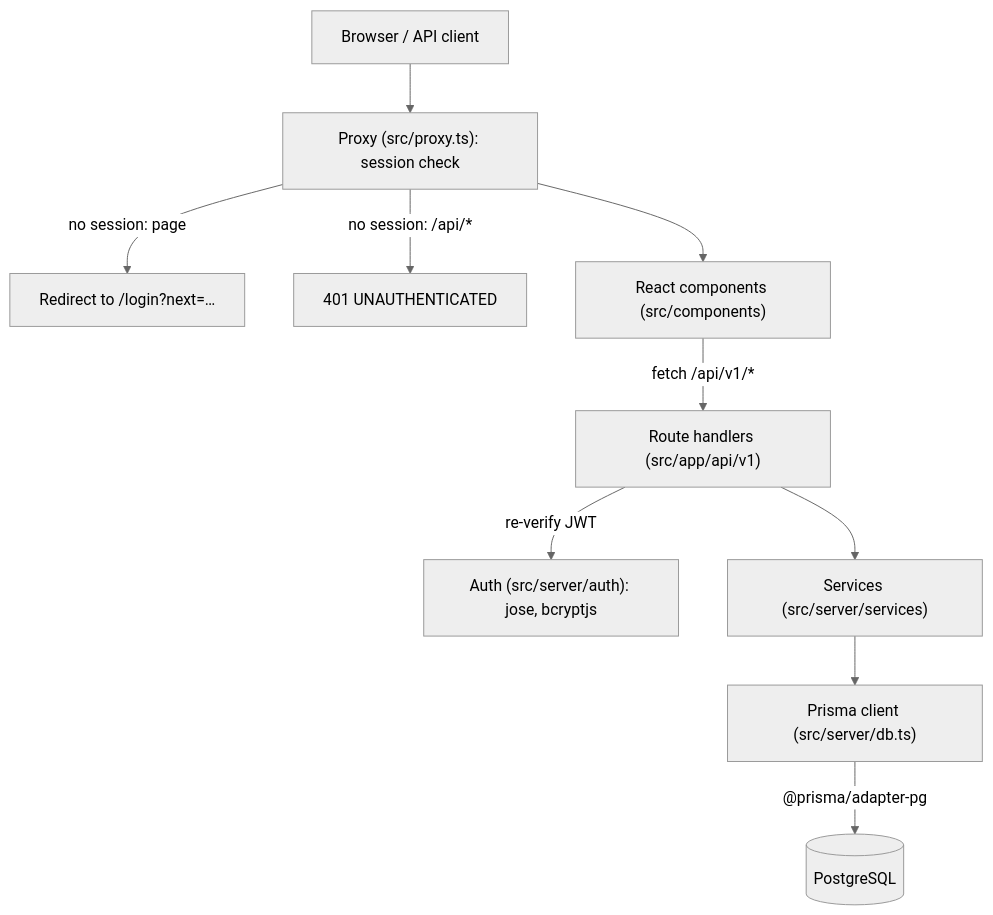
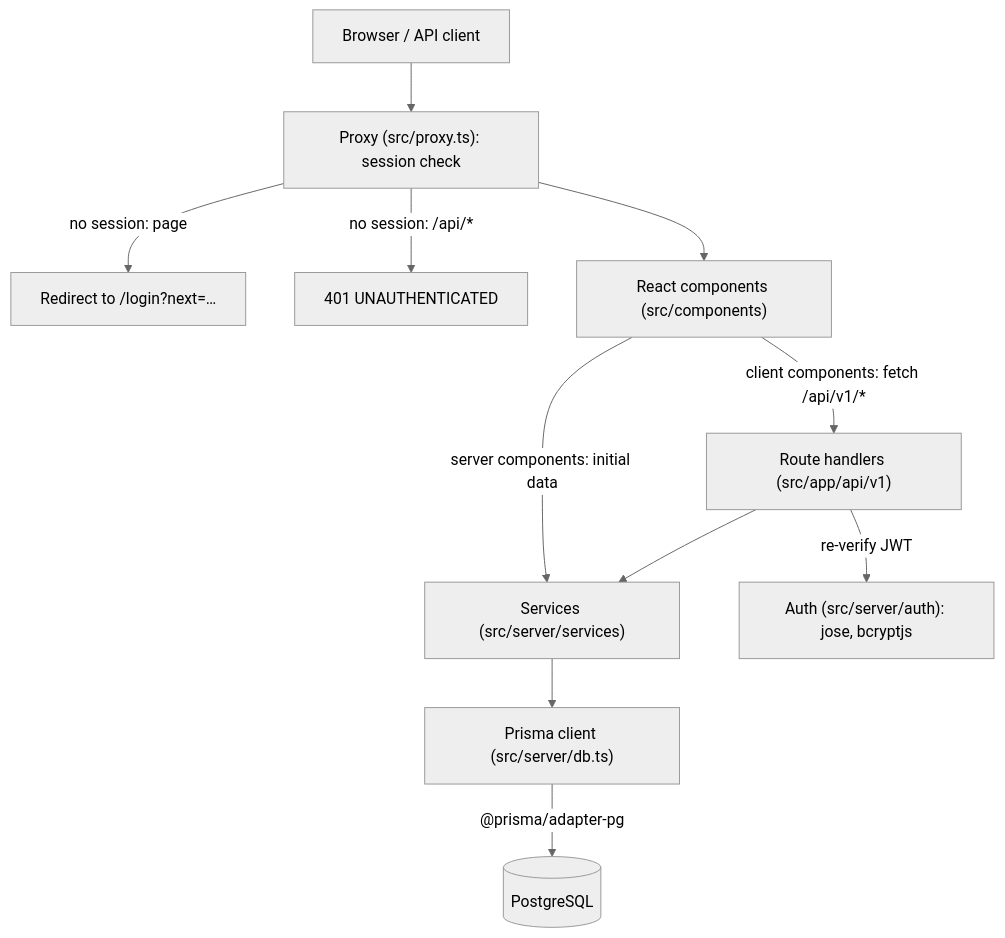
One commit to stone-coding/team-task-board-copilot changed the first of 2 diagrams in docs/architecture.md. Above: the diagram before and after it, drawn with Mermaid (neutral theme). The commit also changed other lines of this file and 1 other file, not shown here.

Commit message:
docs(#5): document projects endpoints and server-side data access
Adds the four project operations, Project schema, 404 and 500 responses to the OpenAPI spec, and notes in architecture.md that server components read through services while client components mutate through /api/v1.

Refs #5

````diff
--- a/docs/architecture.md
+++ b/docs/architecture.md
@@ -7,12 +7,13 @@
 ```mermaid
 flowchart TD
   Browser["Browser / API client"] --> Proxy["Proxy (src/proxy.ts): session check"]
   Proxy -->|"no session: page"| Login["Redirect to /login?next=…"]
   Proxy -->|"no session: /api/*"| E401["401 UNAUTHENTICATED"]
   Proxy --> UI["React components (src/components)"]
-  UI -->|"fetch /api/v1/*"| API["Route handlers (src/app/api/v1)"]
+  UI -->|"client components: fetch /api/v1/*"| API["Route handlers (src/app/api/v1)"]
+  UI -->|"server components: initial data"| Services
   API -->|"re-verify JWT"| Auth["Auth (src/server/auth): jose, bcryptjs"]
   API --> Services["Services (src/server/services)"]
   Services --> DB["Prisma client (src/server/db.ts)"]
   DB -->|"@prisma/adapter-pg"| PG[("PostgreSQL")]
 ```
````
